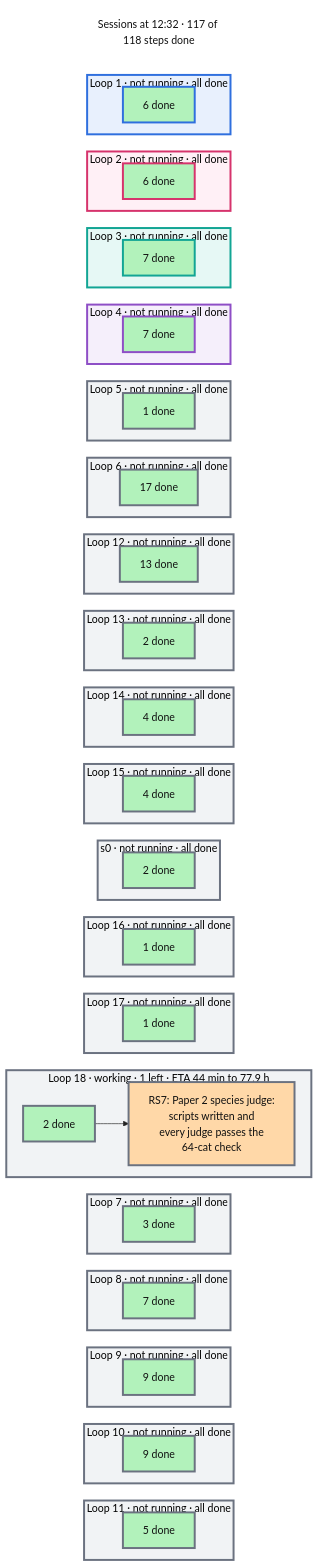
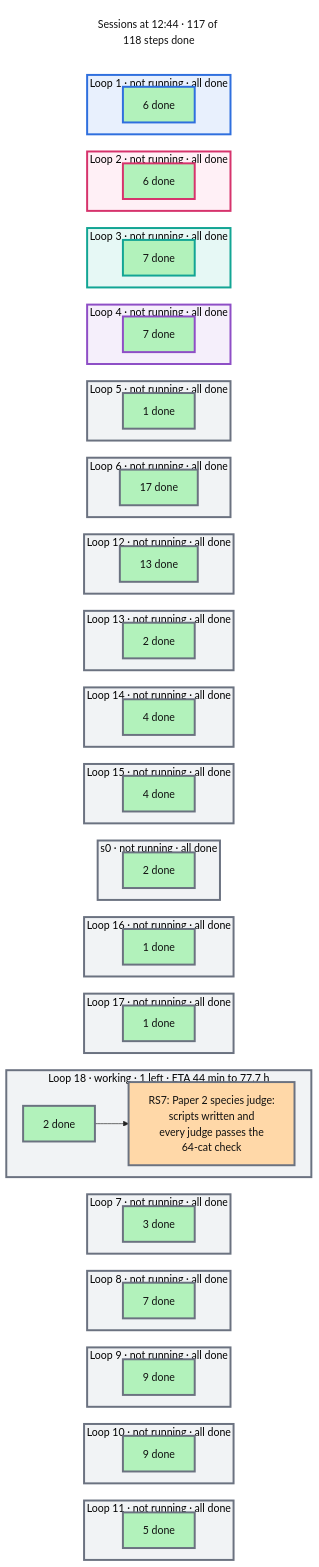
One commit to mo-rsa24/concept-composition changed the diagram in artifacts/notes/progress/sessions.mmd. Above: the diagram before and after it, drawn with Mermaid. The commit also changed 8 other files, not shown here.

```diff
--- a/artifacts/notes/progress/sessions.mmd
+++ b/artifacts/notes/progress/sessions.mmd
@@ -1,124 +1,124 @@
 %%{init: {'theme': 'base', 'themeVariables': {'fontFamily': 'monospace', 'primaryColor': '#ffffff', 'primaryBorderColor': '#222222', 'primaryTextColor': '#111111', 'lineColor': '#222222'}, 'flowchart': {'nodeSpacing': 16, 'rankSpacing': 26}}}%%
 flowchart TB
   classDef done fill:#b2f2bb,color:#111111
   classDef doing fill:#ffd8a8,color:#111111
   classDef todo fill:#e9ecef,color:#111111
   classDef note fill:#ffffff,stroke:#c92a2a,stroke-dasharray:5 5,color:#c92a2a
-  now["Sessions at 12:32 · 117 of 118 steps done"]
+  now["Sessions at 12:44 · 117 of 118 steps done"]
   style now fill:#ffffff,stroke:#ffffff,color:#111111
   subgraph L0["Loop 1 · not running · all done"]
     direction LR
     d0["6 done"]:::done
   end
   subgraph L1["Loop 2 · not running · all done"]
     direction LR
     d1["6 done"]:::done
   end
   subgraph L2["Loop 3 · not running · all done"]
     direction LR
     d2["7 done"]:::done
   end
   subgraph L3["Loop 4 · not running · all done"]
     direction LR
     d3["7 done"]:::done
   end
   subgraph L4["Loop 5 · not running · all done"]
     direction LR
     d4["1 done"]:::done
   end
   subgraph L5["Loop 6 · not running · all done"]
     direction LR
     d5["17 done"]:::done
   end
   subgraph L6["Loop 12 · not running · all done"]
     direction LR
     d6["13 done"]:::done
   end
   subgraph L7["Loop 13 · not running · all done"]
     direction LR
     d7["2 done"]:::done
   end
   subgraph L8["Loop 14 · not running · all done"]
     direction LR
     d8["4 done"]:::done
   end
   subgraph L9["Loop 15 · not running · all done"]
     direction LR
     d9["4 done"]:::done
   end
   subgraph L10["s0 · not running · all done"]
     direction LR
     d10["2 done"]:::done
   end
   subgraph L11["Loop 16 · not running · all done"]
     direction LR
     d11["1 done"]:::done
   end
   subgraph L12["Loop 17 · not running · all done"]
     direction LR
     d12["1 done"]:::done
   end
-  subgraph L13["Loop 18 · working · 1 left · ETA 44 min to 77.9 h"]
+  subgraph L13["Loop 18 · working · 1 left · ETA 44 min to 77.7 h"]
     direction LR
     d13["2 done"]:::done --> n_RS7["RS7: Paper 2 species judge:<br/>scripts written and<br/>every judge passes the<br/>64-cat check"]:::doing
   end
   subgraph L14["Loop 7 · not running · all done"]
     direction LR
     d14["3 done"]:::done
   end
   subgraph L15["Loop 8 · not running · all done"]
     direction LR
     d15["7 done"]:::done
   end
   subgraph L16["Loop 9 · not running · all done"]
     direction LR
     d16["9 done"]:::done
   end
   subgraph L17["Loop 10 · not running · all done"]
     direction LR
     d17["9 done"]:::done
   end
   subgraph L18["Loop 11 · not running · all done"]
     direction LR
     d18["5 done"]:::done
   end
   now ~~~ L0 ~~~ L1 ~~~ L2 ~~~ L3 ~~~ L4 ~~~ L5 ~~~ L6 ~~~ L7 ~~~ L8 ~~~ L9 ~~~ L10 ~~~ L11 ~~~ L12 ~~~ L13 ~~~ L14 ~~~ L15 ~~~ L16 ~~~ L17 ~~~ L18
   style L0 fill:#e8f0fd,stroke:#2f6fde,stroke-width:3px
   style d0 stroke:#2f6fde,stroke-width:3px
   style L1 fill:#fff0f6,stroke:#d6336c,stroke-width:3px
   style d1 stroke:#d6336c,stroke-width:3px
   style L2 fill:#e6f8f5,stroke:#12a594,stroke-width:3px
   style d2 stroke:#12a594,stroke-width:3px
   style L3 fill:#f5effb,stroke:#8e4ec6,stroke-width:3px
   style d3 stroke:#8e4ec6,stroke-width:3px
   style L4 fill:#f1f3f5,stroke:#6b7280,stroke-width:3px
   style d4 stroke:#6b7280,stroke-width:3px
   style L5 fill:#f1f3f5,stroke:#6b7280,stroke-width:3px
   style d5 stroke:#6b7280,stroke-width:3px
   style L6 fill:#f1f3f5,stroke:#6b7280,stroke-width:3px
   style d6 stroke:#6b7280,stroke-width:3px
   style L7 fill:#f1f3f5,stroke:#6b7280,stroke-width:3px
   style d7 stroke:#6b7280,stroke-width:3px
   style L8 fill:#f1f3f5,stroke:#6b7280,stroke-width:3px
   style d8 stroke:#6b7280,stroke-width:3px
   style L9 fill:#f1f3f5,stroke:#6b7280,stroke-width:3px
   style d9 stroke:#6b7280,stroke-width:3px
   style L10 fill:#f1f3f5,stroke:#6b7280,stroke-width:3px
   style d10 stroke:#6b7280,stroke-width:3px
   style L11 fill:#f1f3f5,stroke:#6b7280,stroke-width:3px
   style d11 stroke:#6b7280,stroke-width:3px
   style L12 fill:#f1f3f5,stroke:#6b7280,stroke-width:3px
   style d12 stroke:#6b7280,stroke-width:3px
   style L13 fill:#f1f3f5,stroke:#6b7280,stroke-width:3px
   style d13 stroke:#6b7280,stroke-width:3px
   style n_RS7 stroke:#6b7280,stroke-width:3px
   style L14 fill:#f1f3f5,stroke:#6b7280,stroke-width:3px
   style d14 stroke:#6b7280,stroke-width:3px
   style L15 fill:#f1f3f5,stroke:#6b7280,stroke-width:3px
   style d15 stroke:#6b7280,stroke-width:3px
   style L16 fill:#f1f3f5,stroke:#6b7280,stroke-width:3px
   style d16 stroke:#6b7280,stroke-width:3px
   style L17 fill:#f1f3f5,stroke:#6b7280,stroke-width:3px
   style d17 stroke:#6b7280,stroke-width:3px
   style L18 fill:#f1f3f5,stroke:#6b7280,stroke-width:3px
   style d18 stroke:#6b7280,stroke-width:3px
```
